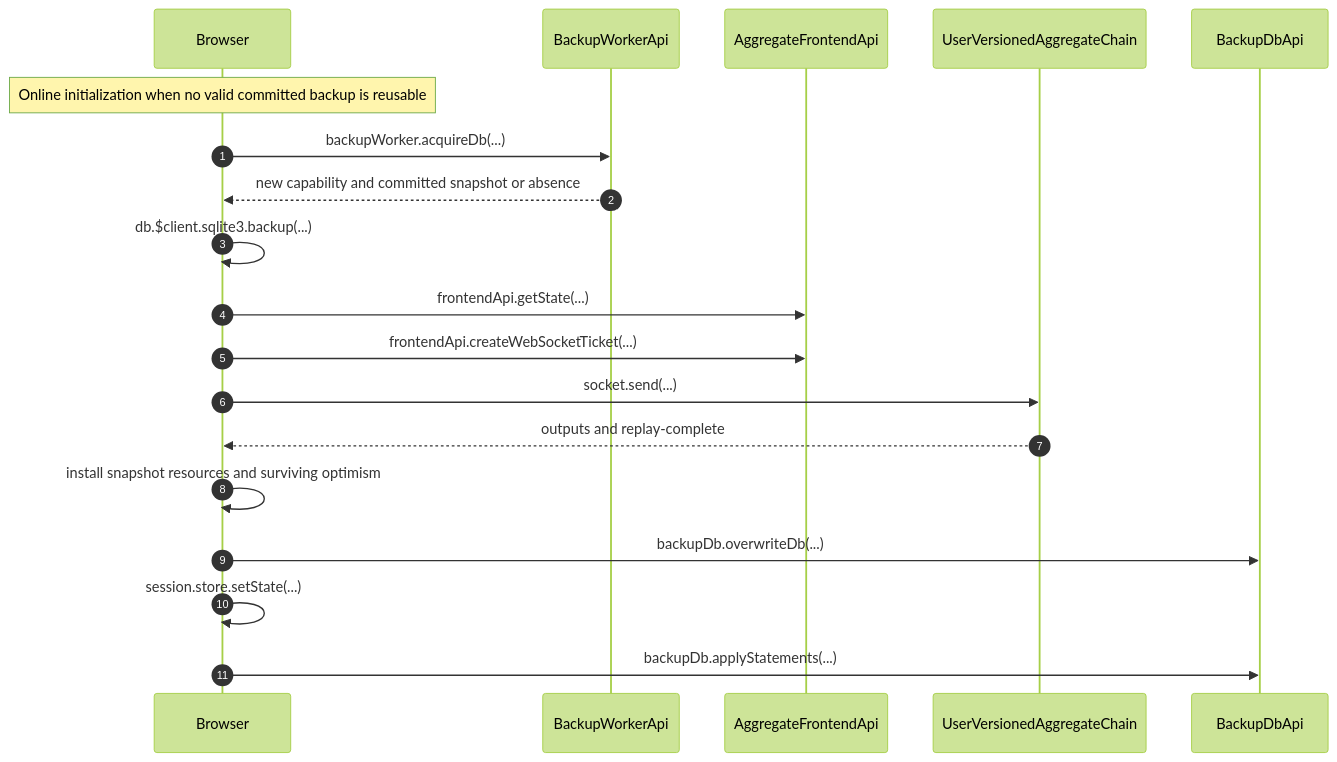
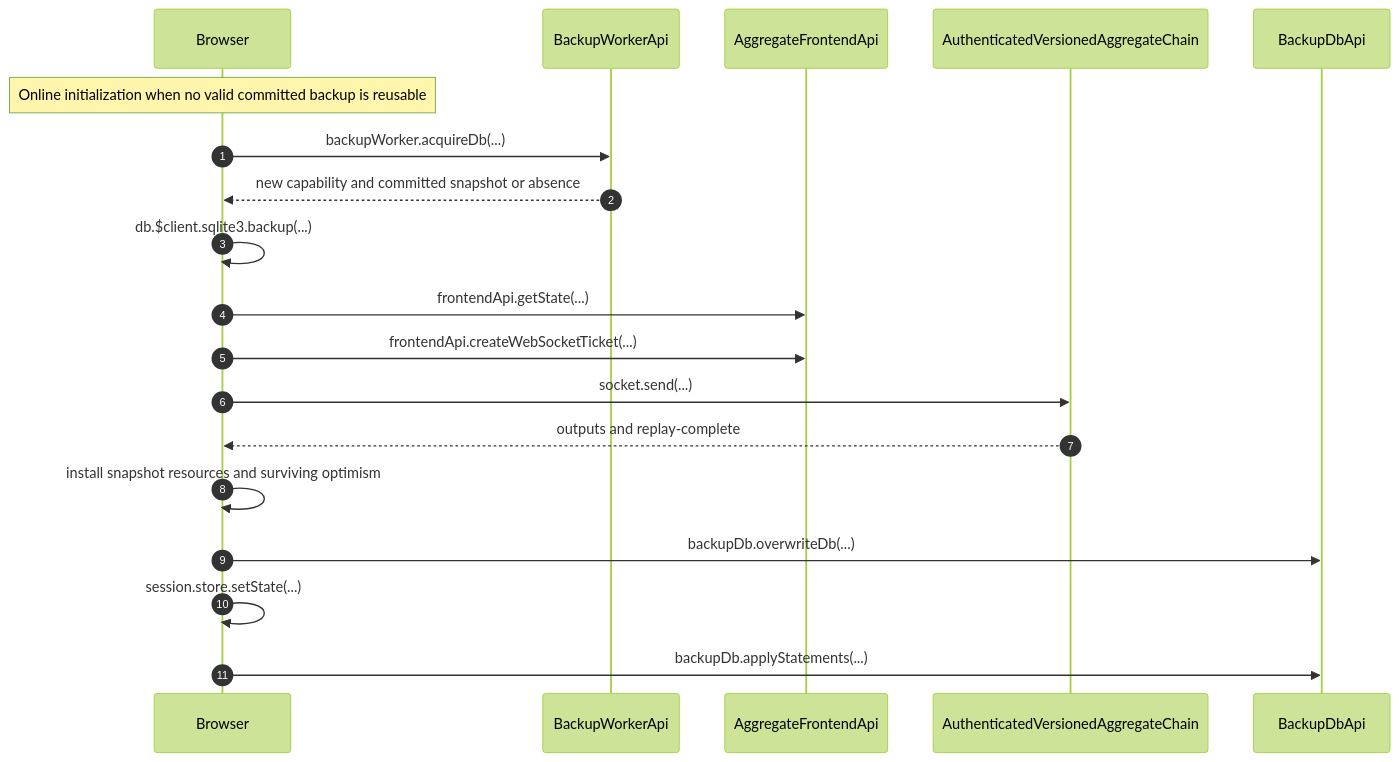
Before and after one commit to morgs32/qrk.sh: the diagram in wiki/architecture/browser/bootstrapBrowserSession.md, drawn with Mermaid (forest theme). The commit also changed other lines of this file and 404 other files, not shown here.

````diff
--- a/wiki/architecture/browser/bootstrapBrowserSession.md
+++ b/wiki/architecture/browser/bootstrapBrowserSession.md
@@ -39,31 +39,31 @@
 ```mermaid
 sequenceDiagram
   participant Browser
   participant BackupWorkerApi
   participant AggregateFrontendApi
-  participant UserVersionedAggregateChain
+  participant AuthenticatedVersionedAggregateChain
   participant BackupDbApi
   Note over Browser: Online initialization when no valid committed backup is reusable
   autonumber 1
   Browser->>BackupWorkerApi: backupWorker.acquireDb(...)
   autonumber 2
   BackupWorkerApi-->>Browser: new capability and committed snapshot or absence
   autonumber 3
   Browser->>Browser: db.$client.sqlite3.backup(...)
   autonumber 4
   Browser->>AggregateFrontendApi: frontendApi.getState(...)
   autonumber 5
   Browser->>AggregateFrontendApi: frontendApi.createWebSocketTicket(...)
   autonumber 6
-  Browser->>UserVersionedAggregateChain: socket.send(...)
+  Browser->>AuthenticatedVersionedAggregateChain: socket.send(...)
   autonumber 7
-  UserVersionedAggregateChain-->>Browser: outputs and replay-complete
+  AuthenticatedVersionedAggregateChain-->>Browser: outputs and replay-complete
   autonumber 8
   Browser->>Browser: install snapshot resources and surviving optimism
   autonumber 9
   Browser->>BackupDbApi: backupDb.overwriteDb(...)
   autonumber 10
   Browser->>Browser: session.store.setState(...)
   autonumber 11
   Browser->>BackupDbApi: backupDb.applyStatements(...)
 ```
````
